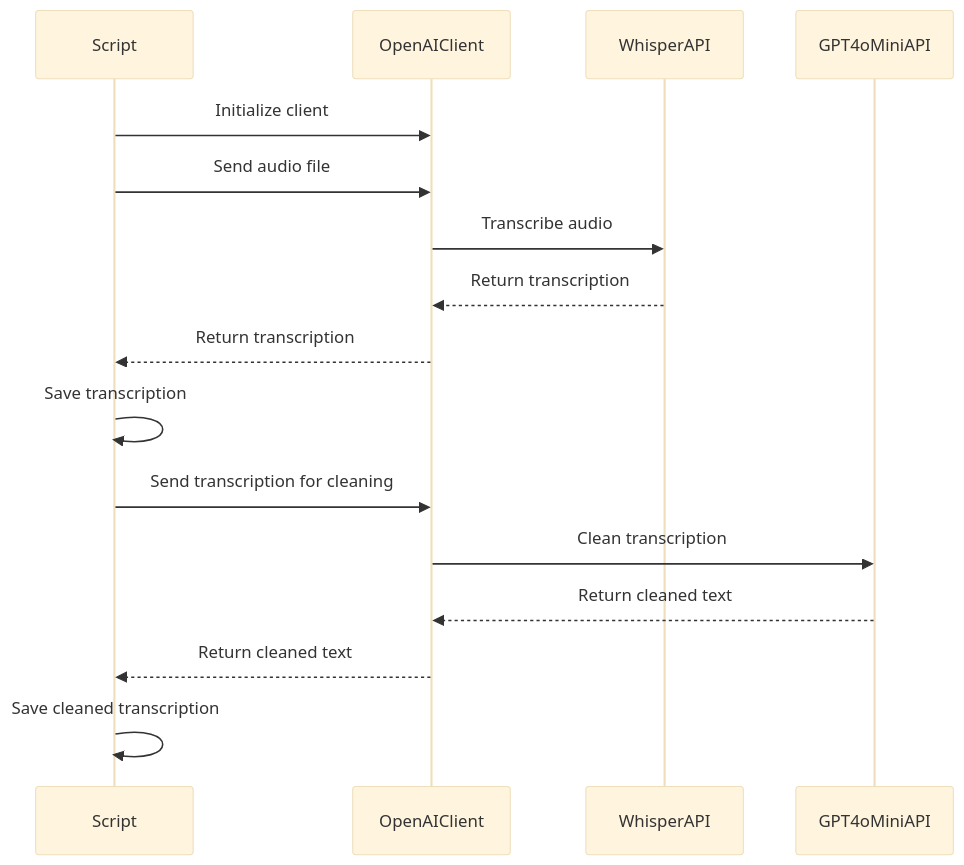
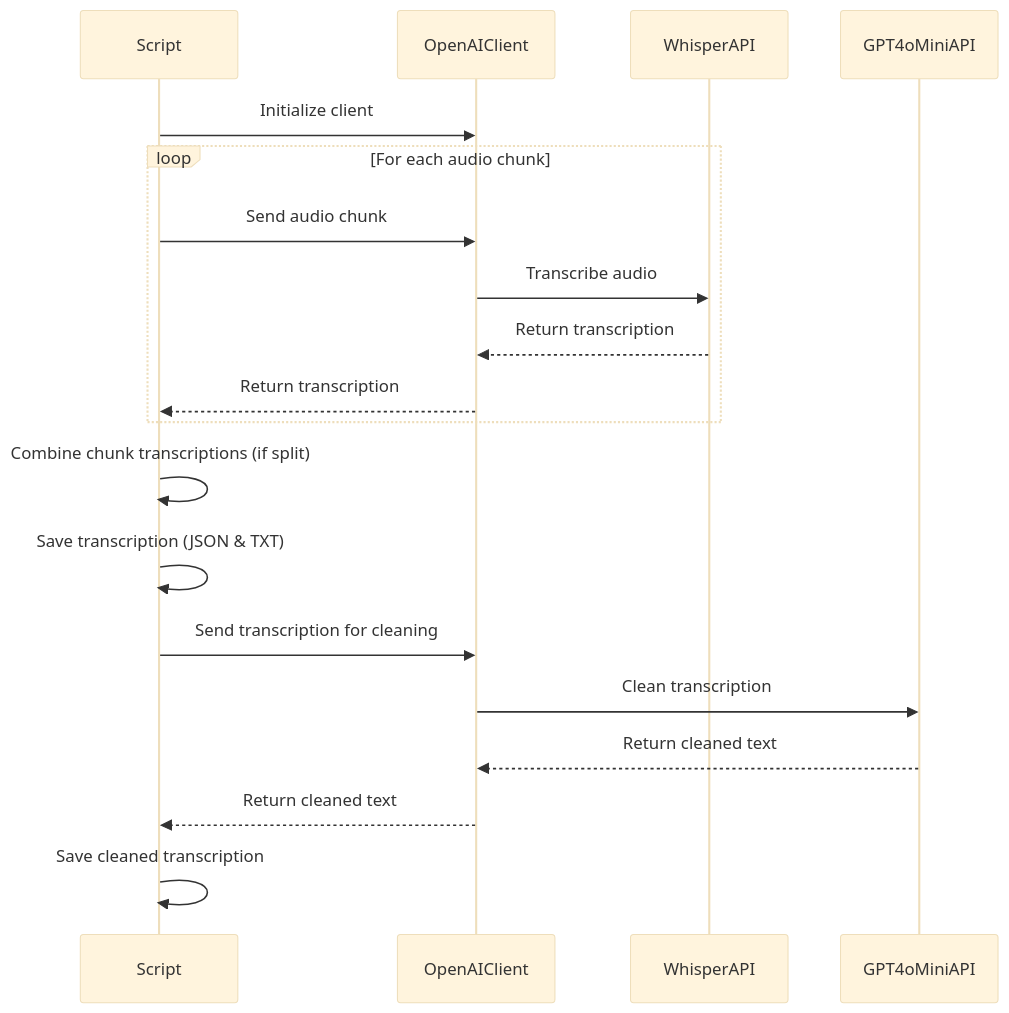
The fourth of 4 diagrams in README.md (CaptainCodeAU/AudioScribe), drawn with Mermaid (base theme) before and after one commit. The commit also changed other lines of this file, not shown here.

Commit message:
Update README.md charts to reflect current implementation

````diff
--- a/README.md
+++ b/README.md
@@ -161,19 +166,22 @@
 ```mermaid
 sequenceDiagram
     participant Script
     participant OpenAIClient
     participant WhisperAPI
     participant GPT4oMiniAPI
 
     Script->>OpenAIClient: Initialize client
-    Script->>OpenAIClient: Send audio file
-    OpenAIClient->>WhisperAPI: Transcribe audio
-    WhisperAPI-->>OpenAIClient: Return transcription
-    OpenAIClient-->>Script: Return transcription
-    Script->>Script: Save transcription
+    loop For each audio chunk
+        Script->>OpenAIClient: Send audio chunk
+        OpenAIClient->>WhisperAPI: Transcribe audio
+        WhisperAPI-->>OpenAIClient: Return transcription
+        OpenAIClient-->>Script: Return transcription
+    end
+    Script->>Script: Combine chunk transcriptions (if split)
+    Script->>Script: Save transcription (JSON & TXT)
     Script->>OpenAIClient: Send transcription for cleaning
     OpenAIClient->>GPT4oMiniAPI: Clean transcription
     GPT4oMiniAPI-->>OpenAIClient: Return cleaned text
     OpenAIClient-->>Script: Return cleaned text
     Script->>Script: Save cleaned transcription
 ```
````
